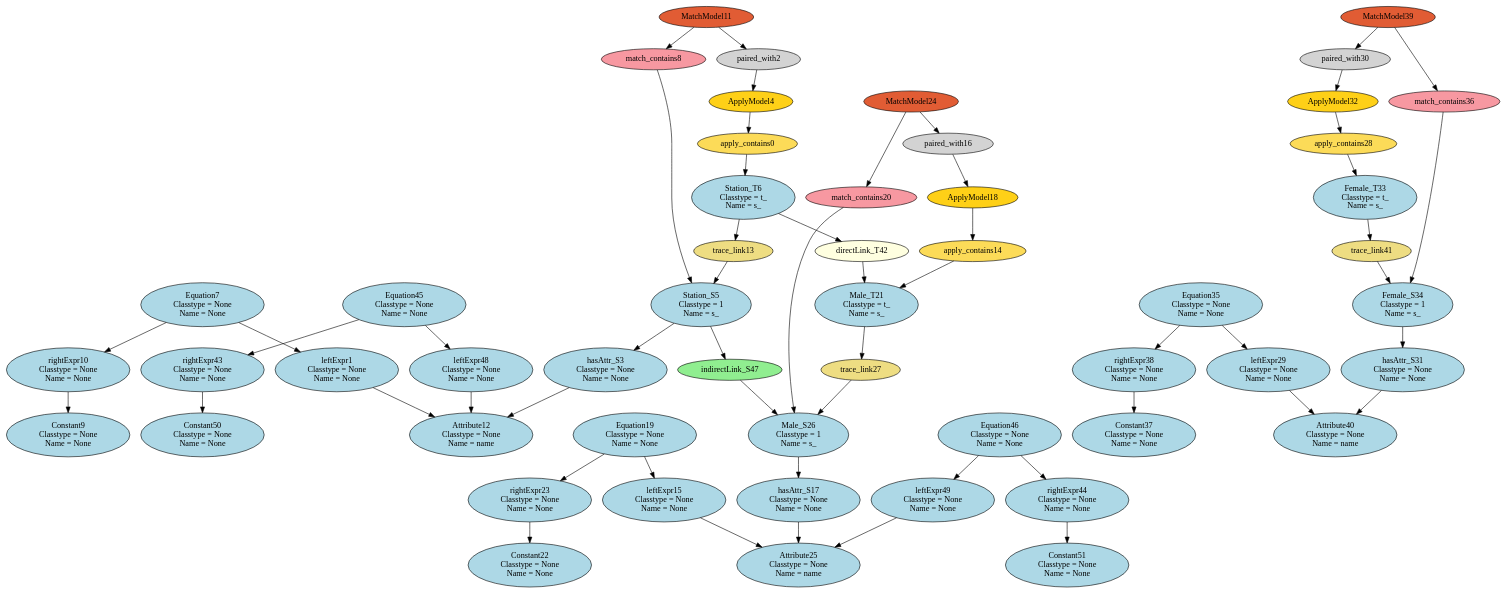
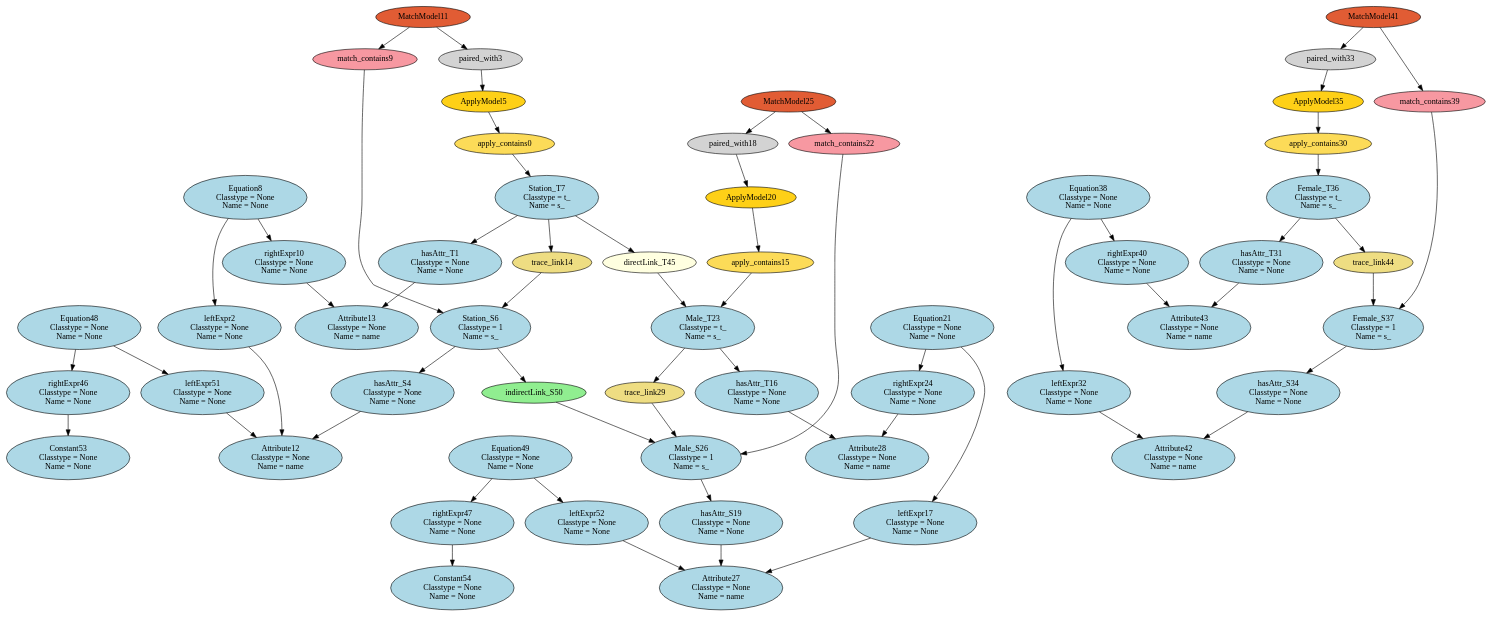
Before and after one commit to levilucio/SyVOLT: the diagram in dot/HEmptyPathCondition_HS2S_HM2M_HF2F_HSM2SM.dot, drawn with Graphviz. The commit also changed 20 other files, not shown here.

```diff
--- a/dot/HEmptyPathCondition_HS2S_HM2M_HF2F_HSM2SM.dot
+++ b/dot/HEmptyPathCondition_HS2S_HM2M_HF2F_HSM2SM.dot
@@ -1,108 +1,117 @@
 digraph HEmptyPathCondition_HS2S_HM2M_HF2F_HSM2SM {
 apply_contains0 [style=filled, fillcolor="#FCDB58"];
-"leftExpr1\n Classtype = None\n Name = None" [style=filled, fillcolor=lightblue];
-paired_with2 [style=filled, fillcolor=lightgray];
-"hasAttr_S3\n Classtype = None\n Name = None" [style=filled, fillcolor=lightblue];
-ApplyModel4 [style=filled, fillcolor="#FED017"];
-"Station_S5\n Classtype = 1\n Name = s_" [style=filled, fillcolor=lightblue];
-"Station_T6\n Classtype = t_\n Name = s_" [style=filled, fillcolor=lightblue];
-"Equation7\n Classtype = None\n Name = None" [style=filled, fillcolor=lightblue];
-match_contains8 [style=filled, fillcolor="#F798A1"];
-"Constant9\n Classtype = None\n Name = None" [style=filled, fillcolor=lightblue];
+"hasAttr_T1\n Classtype = None\n Name = None" [style=filled, fillcolor=lightblue];
+"leftExpr2\n Classtype = None\n Name = None" [style=filled, fillcolor=lightblue];
+paired_with3 [style=filled, fillcolor=lightgray];
+"hasAttr_S4\n Classtype = None\n Name = None" [style=filled, fillcolor=lightblue];
+ApplyModel5 [style=filled, fillcolor="#FED017"];
+"Station_S6\n Classtype = 1\n Name = s_" [style=filled, fillcolor=lightblue];
+"Station_T7\n Classtype = t_\n Name = s_" [style=filled, fillcolor=lightblue];
+"Equation8\n Classtype = None\n Name = None" [style=filled, fillcolor=lightblue];
+match_contains9 [style=filled, fillcolor="#F798A1"];
 "rightExpr10\n Classtype = None\n Name = None" [style=filled, fillcolor=lightblue];
 MatchModel11 [style=filled, fillcolor="#E15C34"];
 "Attribute12\n Classtype = None\n Name = name" [style=filled, fillcolor=lightblue];
-trace_link13 [style=filled, fillcolor=lightgoldenrod];
-apply_contains14 [style=filled, fillcolor="#FCDB58"];
-"leftExpr15\n Classtype = None\n Name = None" [style=filled, fillcolor=lightblue];
-paired_with16 [style=filled, fillcolor=lightgray];
-"hasAttr_S17\n Classtype = None\n Name = None" [style=filled, fillcolor=lightblue];
-ApplyModel18 [style=filled, fillcolor="#FED017"];
-"Equation19\n Classtype = None\n Name = None" [style=filled, fillcolor=lightblue];
-match_contains20 [style=filled, fillcolor="#F798A1"];
-"Male_T21\n Classtype = t_\n Name = s_" [style=filled, fillcolor=lightblue];
-"Constant22\n Classtype = None\n Name = None" [style=filled, fillcolor=lightblue];
-"rightExpr23\n Classtype = None\n Name = None" [style=filled, fillcolor=lightblue];
-MatchModel24 [style=filled, fillcolor="#E15C34"];
-"Attribute25\n Classtype = None\n Name = name" [style=filled, fillcolor=lightblue];
+"Attribute13\n Classtype = None\n Name = name" [style=filled, fillcolor=lightblue];
+trace_link14 [style=filled, fillcolor=lightgoldenrod];
+apply_contains15 [style=filled, fillcolor="#FCDB58"];
+"hasAttr_T16\n Classtype = None\n Name = None" [style=filled, fillcolor=lightblue];
+"leftExpr17\n Classtype = None\n Name = None" [style=filled, fillcolor=lightblue];
+paired_with18 [style=filled, fillcolor=lightgray];
+"hasAttr_S19\n Classtype = None\n Name = None" [style=filled, fillcolor=lightblue];
+ApplyModel20 [style=filled, fillcolor="#FED017"];
+"Equation21\n Classtype = None\n Name = None" [style=filled, fillcolor=lightblue];
+match_contains22 [style=filled, fillcolor="#F798A1"];
+"Male_T23\n Classtype = t_\n Name = s_" [style=filled, fillcolor=lightblue];
+"rightExpr24\n Classtype = None\n Name = None" [style=filled, fillcolor=lightblue];
+MatchModel25 [style=filled, fillcolor="#E15C34"];
 "Male_S26\n Classtype = 1\n Name = s_" [style=filled, fillcolor=lightblue];
-trace_link27 [style=filled, fillcolor=lightgoldenrod];
-apply_contains28 [style=filled, fillcolor="#FCDB58"];
-"leftExpr29\n Classtype = None\n Name = None" [style=filled, fillcolor=lightblue];
-paired_with30 [style=filled, fillcolor=lightgray];
-"hasAttr_S31\n Classtype = None\n Name = None" [style=filled, fillcolor=lightblue];
-ApplyModel32 [style=filled, fillcolor="#FED017"];
-"Female_T33\n Classtype = t_\n Name = s_" [style=filled, fillcolor=lightblue];
-"Female_S34\n Classtype = 1\n Name = s_" [style=filled, fillcolor=lightblue];
-"Equation35\n Classtype = None\n Name = None" [style=filled, fillcolor=lightblue];
-match_contains36 [style=filled, fillcolor="#F798A1"];
-"Constant37\n Classtype = None\n Name = None" [style=filled, fillcolor=lightblue];
-"rightExpr38\n Classtype = None\n Name = None" [style=filled, fillcolor=lightblue];
-MatchModel39 [style=filled, fillcolor="#E15C34"];
-"Attribute40\n Classtype = None\n Name = name" [style=filled, fillcolor=lightblue];
-trace_link41 [style=filled, fillcolor=lightgoldenrod];
-"directLink_T42\n" [style=filled, fillcolor=lightyellow];
-"rightExpr43\n Classtype = None\n Name = None" [style=filled, fillcolor=lightblue];
-"rightExpr44\n Classtype = None\n Name = None" [style=filled, fillcolor=lightblue];
-"Equation45\n Classtype = None\n Name = None" [style=filled, fillcolor=lightblue];
-"Equation46\n Classtype = None\n Name = None" [style=filled, fillcolor=lightblue];
-indirectLink_S47 [style=filled, fillcolor=lightgreen];
-"leftExpr48\n Classtype = None\n Name = None" [style=filled, fillcolor=lightblue];
-"leftExpr49\n Classtype = None\n Name = None" [style=filled, fillcolor=lightblue];
-"Constant50\n Classtype = None\n Name = None" [style=filled, fillcolor=lightblue];
-"Constant51\n Classtype = None\n Name = None" [style=filled, fillcolor=lightblue];
-ApplyModel4 -> apply_contains0;
-apply_contains0 -> "Station_T6\n Classtype = t_\n Name = s_";
-"Equation7\n Classtype = None\n Name = None" -> "leftExpr1\n Classtype = None\n Name = None";
-"leftExpr1\n Classtype = None\n Name = None" -> "Attribute12\n Classtype = None\n Name = name";
-MatchModel11 -> paired_with2;
-paired_with2 -> ApplyModel4;
-"Station_S5\n Classtype = 1\n Name = s_" -> "hasAttr_S3\n Classtype = None\n Name = None";
-"hasAttr_S3\n Classtype = None\n Name = None" -> "Attribute12\n Classtype = None\n Name = name";
-match_contains8 -> "Station_S5\n Classtype = 1\n Name = s_";
-"Equation7\n Classtype = None\n Name = None" -> "rightExpr10\n Classtype = None\n Name = None";
-MatchModel11 -> match_contains8;
-"rightExpr10\n Classtype = None\n Name = None" -> "Constant9\n Classtype = None\n Name = None";
-trace_link13 -> "Station_S5\n Classtype = 1\n Name = s_";
-"Station_T6\n Classtype = t_\n Name = s_" -> trace_link13;
-ApplyModel18 -> apply_contains14;
-apply_contains14 -> "Male_T21\n Classtype = t_\n Name = s_";
-"Equation19\n Classtype = None\n Name = None" -> "leftExpr15\n Classtype = None\n Name = None";
-"leftExpr15\n Classtype = None\n Name = None" -> "Attribute25\n Classtype = None\n Name = name";
-MatchModel24 -> paired_with16;
-paired_with16 -> ApplyModel18;
-"Male_S26\n Classtype = 1\n Name = s_" -> "hasAttr_S17\n Classtype = None\n Name = None";
-"hasAttr_S17\n Classtype = None\n Name = None" -> "Attribute25\n Classtype = None\n Name = name";
-"Equation19\n Classtype = None\n Name = None" -> "rightExpr23\n Classtype = None\n Name = None";
-MatchModel24 -> match_contains20;
-match_contains20 -> "Male_S26\n Classtype = 1\n Name = s_";
-"rightExpr23\n Classtype = None\n Name = None" -> "Constant22\n Classtype = None\n Name = None";
-trace_link27 -> "Male_S26\n Classtype = 1\n Name = s_";
-"Male_T21\n Classtype = t_\n Name = s_" -> trace_link27;
-ApplyModel32 -> apply_contains28;
-apply_contains28 -> "Female_T33\n Classtype = t_\n Name = s_";
-"Equation35\n Classtype = None\n Name = None" -> "leftExpr29\n Classtype = None\n Name = None";
-"leftExpr29\n Classtype = None\n Name = None" -> "Attribute40\n Classtype = None\n Name = name";
-MatchModel39 -> paired_with30;
-paired_with30 -> ApplyModel32;
-"Female_S34\n Classtype = 1\n Name = s_" -> "hasAttr_S31\n Classtype = None\n Name = None";
-"hasAttr_S31\n Classtype = None\n Name = None" -> "Attribute40\n Classtype = None\n Name = name";
-match_contains36 -> "Female_S34\n Classtype = 1\n Name = s_";
-"Equation35\n Classtype = None\n Name = None" -> "rightExpr38\n Classtype = None\n Name = None";
-MatchModel39 -> match_contains36;
-"rightExpr38\n Classtype = None\n Name = None" -> "Constant37\n Classtype = None\n Name = None";
-trace_link41 -> "Female_S34\n Classtype = 1\n Name = s_";
-"Female_T33\n Classtype = t_\n Name = s_" -> trace_link41;
-"Station_S5\n Classtype = 1\n Name = s_" -> indirectLink_S47;
-indirectLink_S47 -> "Male_S26\n Classtype = 1\n Name = s_";
-"Station_T6\n Classtype = t_\n Name = s_" -> "directLink_T42\n";
-"directLink_T42\n" -> "Male_T21\n Classtype = t_\n Name = s_";
-"Equation45\n Classtype = None\n Name = None" -> "rightExpr43\n Classtype = None\n Name = None";
-"Equation45\n Classtype = None\n Name = None" -> "leftExpr48\n Classtype = None\n Name = None";
-"rightExpr43\n Classtype = None\n Name = None" -> "Constant50\n Classtype = None\n Name = None";
-"Equation46\n Classtype = None\n Name = None" -> "rightExpr44\n Classtype = None\n Name = None";
-"Equation46\n Classtype = None\n Name = None" -> "leftExpr49\n Classtype = None\n Name = None";
-"rightExpr44\n Classtype = None\n Name = None" -> "Constant51\n Classtype = None\n Name = None";
-"leftExpr48\n Classtype = None\n Name = None" -> "Attribute12\n Classtype = None\n Name = name";
-"leftExpr49\n Classtype = None\n Name = None" -> "Attribute25\n Classtype = None\n Name = name";
+"Attribute27\n Classtype = None\n Name = name" [style=filled, fillcolor=lightblue];
+"Attribute28\n Classtype = None\n Name = name" [style=filled, fillcolor=lightblue];
+trace_link29 [style=filled, fillcolor=lightgoldenrod];
+apply_contains30 [style=filled, fillcolor="#FCDB58"];
+"hasAttr_T31\n Classtype = None\n Name = None" [style=filled, fillcolor=lightblue];
+"leftExpr32\n Classtype = None\n Name = None" [style=filled, fillcolor=lightblue];
+paired_with33 [style=filled, fillcolor=lightgray];
+"hasAttr_S34\n Classtype = None\n Name = None" [style=filled, fillcolor=lightblue];
+ApplyModel35 [style=filled, fillcolor="#FED017"];
+"Female_T36\n Classtype = t_\n Name = s_" [style=filled, fillcolor=lightblue];
+"Female_S37\n Classtype = 1\n Name = s_" [style=filled, fillcolor=lightblue];
+"Equation38\n Classtype = None\n Name = None" [style=filled, fillcolor=lightblue];
+match_contains39 [style=filled, fillcolor="#F798A1"];
+"rightExpr40\n Classtype = None\n Name = None" [style=filled, fillcolor=lightblue];
+MatchModel41 [style=filled, fillcolor="#E15C34"];
+"Attribute42\n Classtype = None\n Name = name" [style=filled, fillcolor=lightblue];
+"Attribute43\n Classtype = None\n Name = name" [style=filled, fillcolor=lightblue];
+trace_link44 [style=filled, fillcolor=lightgoldenrod];
+"directLink_T45\n" [style=filled, fillcolor=lightyellow];
+"rightExpr46\n Classtype = None\n Name = None" [style=filled, fillcolor=lightblue];
+"rightExpr47\n Classtype = None\n Name = None" [style=filled, fillcolor=lightblue];
+"Equation48\n Classtype = None\n Name = None" [style=filled, fillcolor=lightblue];
+"Equation49\n Classtype = None\n Name = None" [style=filled, fillcolor=lightblue];
+indirectLink_S50 [style=filled, fillcolor=lightgreen];
+"leftExpr51\n Classtype = None\n Name = None" [style=filled, fillcolor=lightblue];
+"leftExpr52\n Classtype = None\n Name = None" [style=filled, fillcolor=lightblue];
+"Constant53\n Classtype = None\n Name = None" [style=filled, fillcolor=lightblue];
+"Constant54\n Classtype = None\n Name = None" [style=filled, fillcolor=lightblue];
+ApplyModel5 -> apply_contains0;
+apply_contains0 -> "Station_T7\n Classtype = t_\n Name = s_";
+"Station_T7\n Classtype = t_\n Name = s_" -> "hasAttr_T1\n Classtype = None\n Name = None";
+"hasAttr_T1\n Classtype = None\n Name = None" -> "Attribute13\n Classtype = None\n Name = name";
+"Equation8\n Classtype = None\n Name = None" -> "leftExpr2\n Classtype = None\n Name = None";
+"leftExpr2\n Classtype = None\n Name = None" -> "Attribute12\n Classtype = None\n Name = name";
+MatchModel11 -> paired_with3;
+paired_with3 -> ApplyModel5;
+"Station_S6\n Classtype = 1\n Name = s_" -> "hasAttr_S4\n Classtype = None\n Name = None";
+"hasAttr_S4\n Classtype = None\n Name = None" -> "Attribute12\n Classtype = None\n Name = name";
+match_contains9 -> "Station_S6\n Classtype = 1\n Name = s_";
+"Equation8\n Classtype = None\n Name = None" -> "rightExpr10\n Classtype = None\n Name = None";
+MatchModel11 -> match_contains9;
+"rightExpr10\n Classtype = None\n Name = None" -> "Attribute13\n Classtype = None\n Name = name";
+trace_link14 -> "Station_S6\n Classtype = 1\n Name = s_";
+"Station_T7\n Classtype = t_\n Name = s_" -> trace_link14;
+ApplyModel20 -> apply_contains15;
+apply_contains15 -> "Male_T23\n Classtype = t_\n Name = s_";
+"Male_T23\n Classtype = t_\n Name = s_" -> "hasAttr_T16\n Classtype = None\n Name = None";
+"hasAttr_T16\n Classtype = None\n Name = None" -> "Attribute28\n Classtype = None\n Name = name";
+"Equation21\n Classtype = None\n Name = None" -> "leftExpr17\n Classtype = None\n Name = None";
+"leftExpr17\n Classtype = None\n Name = None" -> "Attribute27\n Classtype = None\n Name = name";
+MatchModel25 -> paired_with18;
+paired_with18 -> ApplyModel20;
+"Male_S26\n Classtype = 1\n Name = s_" -> "hasAttr_S19\n Classtype = None\n Name = None";
+"hasAttr_S19\n Classtype = None\n Name = None" -> "Attribute27\n Classtype = None\n Name = name";
+"Equation21\n Classtype = None\n Name = None" -> "rightExpr24\n Classtype = None\n Name = None";
+MatchModel25 -> match_contains22;
+match_contains22 -> "Male_S26\n Classtype = 1\n Name = s_";
+"rightExpr24\n Classtype = None\n Name = None" -> "Attribute28\n Classtype = None\n Name = name";
+trace_link29 -> "Male_S26\n Classtype = 1\n Name = s_";
+"Male_T23\n Classtype = t_\n Name = s_" -> trace_link29;
+ApplyModel35 -> apply_contains30;
+apply_contains30 -> "Female_T36\n Classtype = t_\n Name = s_";
+"Female_T36\n Classtype = t_\n Name = s_" -> "hasAttr_T31\n Classtype = None\n Name = None";
+"hasAttr_T31\n Classtype = None\n Name = None" -> "Attribute43\n Classtype = None\n Name = name";
+"Equation38\n Classtype = None\n Name = None" -> "leftExpr32\n Classtype = None\n Name = None";
+"leftExpr32\n Classtype = None\n Name = None" -> "Attribute42\n Classtype = None\n Name = name";
+MatchModel41 -> paired_with33;
+paired_with33 -> ApplyModel35;
+"Female_S37\n Classtype = 1\n Name = s_" -> "hasAttr_S34\n Classtype = None\n Name = None";
+"hasAttr_S34\n Classtype = None\n Name = None" -> "Attribute42\n Classtype = None\n Name = name";
+match_contains39 -> "Female_S37\n Classtype = 1\n Name = s_";
+"Equation38\n Classtype = None\n Name = None" -> "rightExpr40\n Classtype = None\n Name = None";
+MatchModel41 -> match_contains39;
+"rightExpr40\n Classtype = None\n Name = None" -> "Attribute43\n Classtype = None\n Name = name";
+trace_link44 -> "Female_S37\n Classtype = 1\n Name = s_";
+"Female_T36\n Classtype = t_\n Name = s_" -> trace_link44;
+"Station_S6\n Classtype = 1\n Name = s_" -> indirectLink_S50;
+indirectLink_S50 -> "Male_S26\n Classtype = 1\n Name = s_";
+"Station_T7\n Classtype = t_\n Name = s_" -> "directLink_T45\n";
+"directLink_T45\n" -> "Male_T23\n Classtype = t_\n Name = s_";
+"Equation48\n Classtype = None\n Name = None" -> "rightExpr46\n Classtype = None\n Name = None";
+"Equation48\n Classtype = None\n Name = None" -> "leftExpr51\n Classtype = None\n Name = None";
+"rightExpr46\n Classtype = None\n Name = None" -> "Constant53\n Classtype = None\n Name = None";
+"Equation49\n Classtype = None\n Name = None" -> "rightExpr47\n Classtype = None\n Name = None";
+"Equation49\n Classtype = None\n Name = None" -> "leftExpr52\n Classtype = None\n Name = None";
+"rightExpr47\n Classtype = None\n Name = None" -> "Constant54\n Classtype = None\n Name = None";
+"leftExpr51\n Classtype = None\n Name = None" -> "Attribute12\n Classtype = None\n Name = name";
+"leftExpr52\n Classtype = None\n Name = None" -> "Attribute27\n Classtype = None\n Name = name";
 }
```
